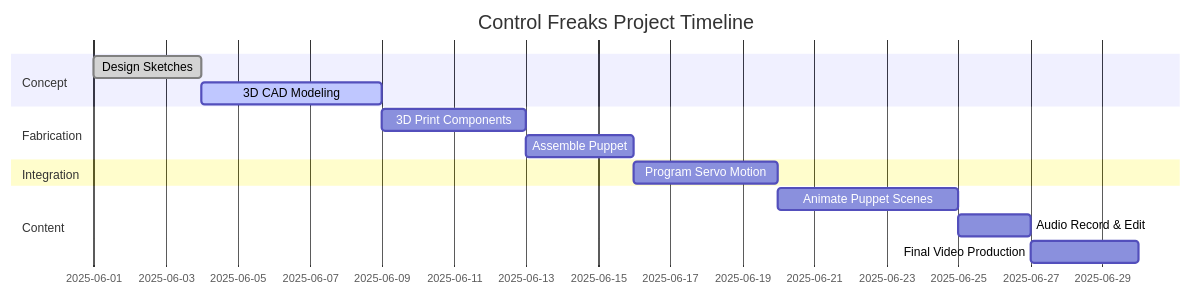
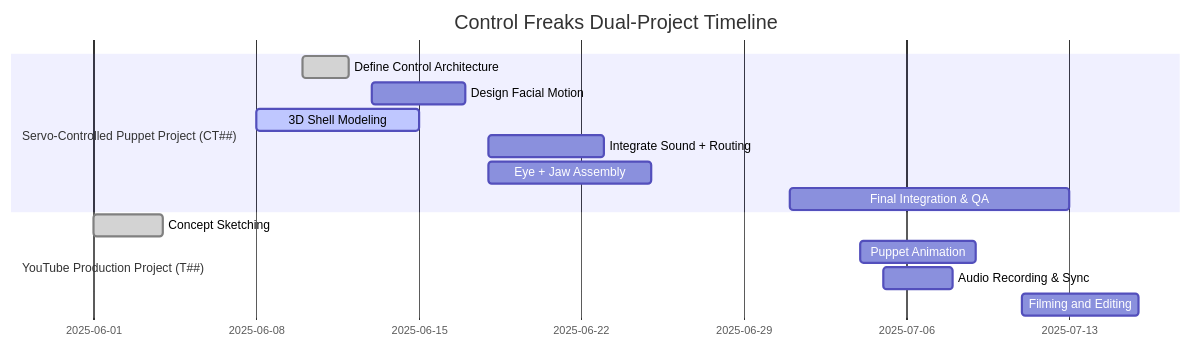
One commit to mrthomware/1.Projects changed the diagram in Servo-Controlled-Puppet-Project/docs/02.Timeline/01.Timeline.md. Above: the diagram before and after it, drawn with Mermaid. The commit also changed other lines of this file, not shown here.

````diff
--- a/Servo-Controlled-Puppet-Project/docs/02.Timeline/01.Timeline.md
+++ b/Servo-Controlled-Puppet-Project/docs/02.Timeline/01.Timeline.md
@@ -109,17 +79,19 @@
 ```mermaid
 gantt
-    title Control Freaks Project Timeline
+    title Control Freaks Dual-Project Timeline
     dateFormat  YYYY-MM-DD
-    section Concept
-    Design Sketches       :done,    des1, 2025-06-01, 3d
-    3D CAD Modeling        :active,  cad1, 2025-06-04, 5d
-    section Fabrication
-    3D Print Components    :         fab1, after cad1, 4d
-    Assemble Puppet        :         fab2, after fab1, 3d
-    section Integration
-    Program Servo Motion   :         int1, after fab2, 4d
-    section Content
-    Animate Puppet Scenes  :         con1, after int1, 5d
-    Audio Record & Edit    :         con2, after con1, 2d
-    Final Video Production :         con3, after con2, 3d
+
+    section Servo-Controlled Puppet Project (CT##)
+    Define Control Architecture      :done,    ct1, 2025-06-10, 2d
+    Design Facial Motion             :         ct2, 2025-06-13, 4d
+    3D Shell Modeling                :active,  ct3, 2025-06-08, 7d
+    Integrate Sound + Routing       :         ct4, 2025-06-18, 5d
+    Eye + Jaw Assembly               :         ct5, 2025-06-18, 7d
+    Final Integration & QA          :         ct6, 2025-07-01, 12d
+
+    section YouTube Production Project (T##)
+    Concept Sketching                :done,    t1, 2025-06-01, 3d
+    Puppet Animation                 :         t2, 2025-07-04, 5d
+    Audio Recording & Sync          :         t3, 2025-07-05, 3d
+    Filming and Editing             :         t4, 2025-07-11, 5d
 ```
````
